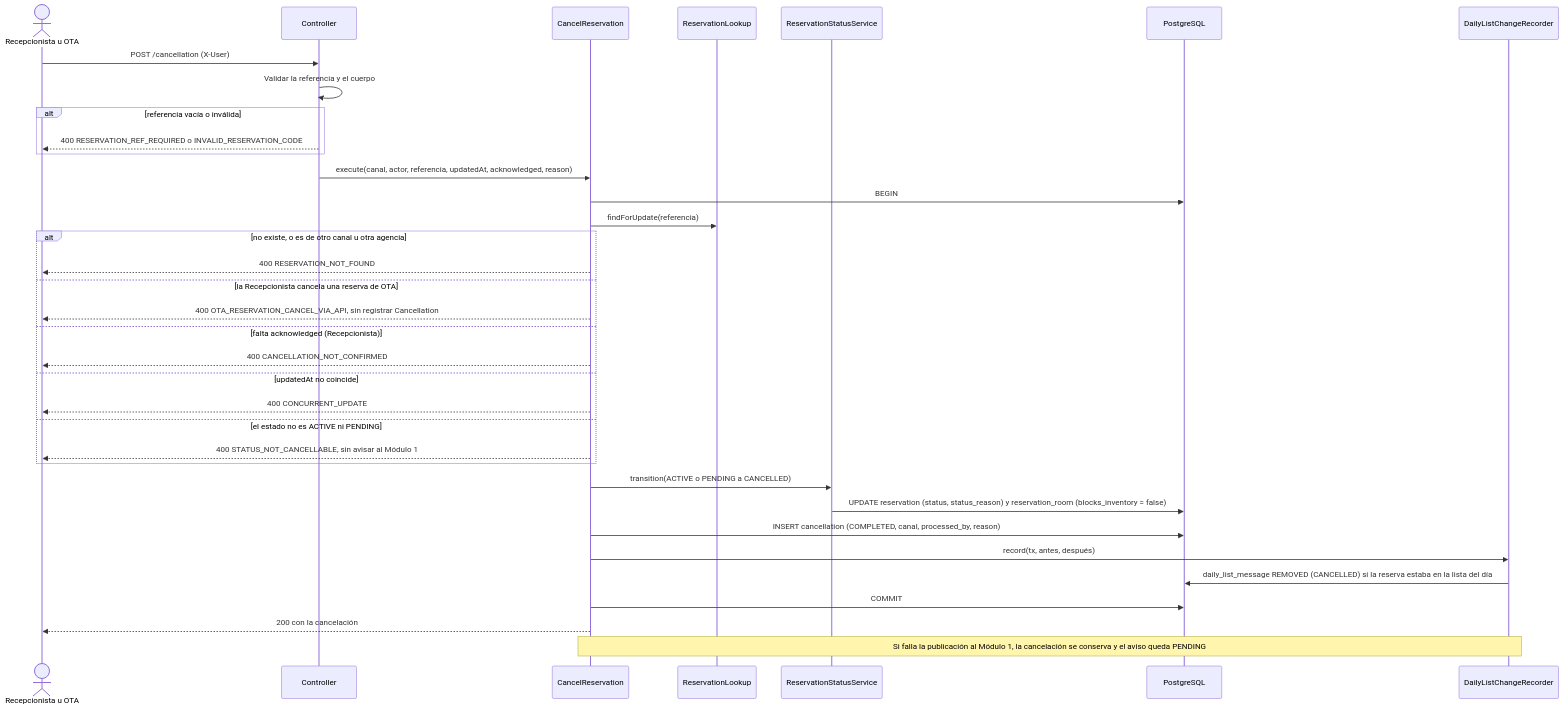
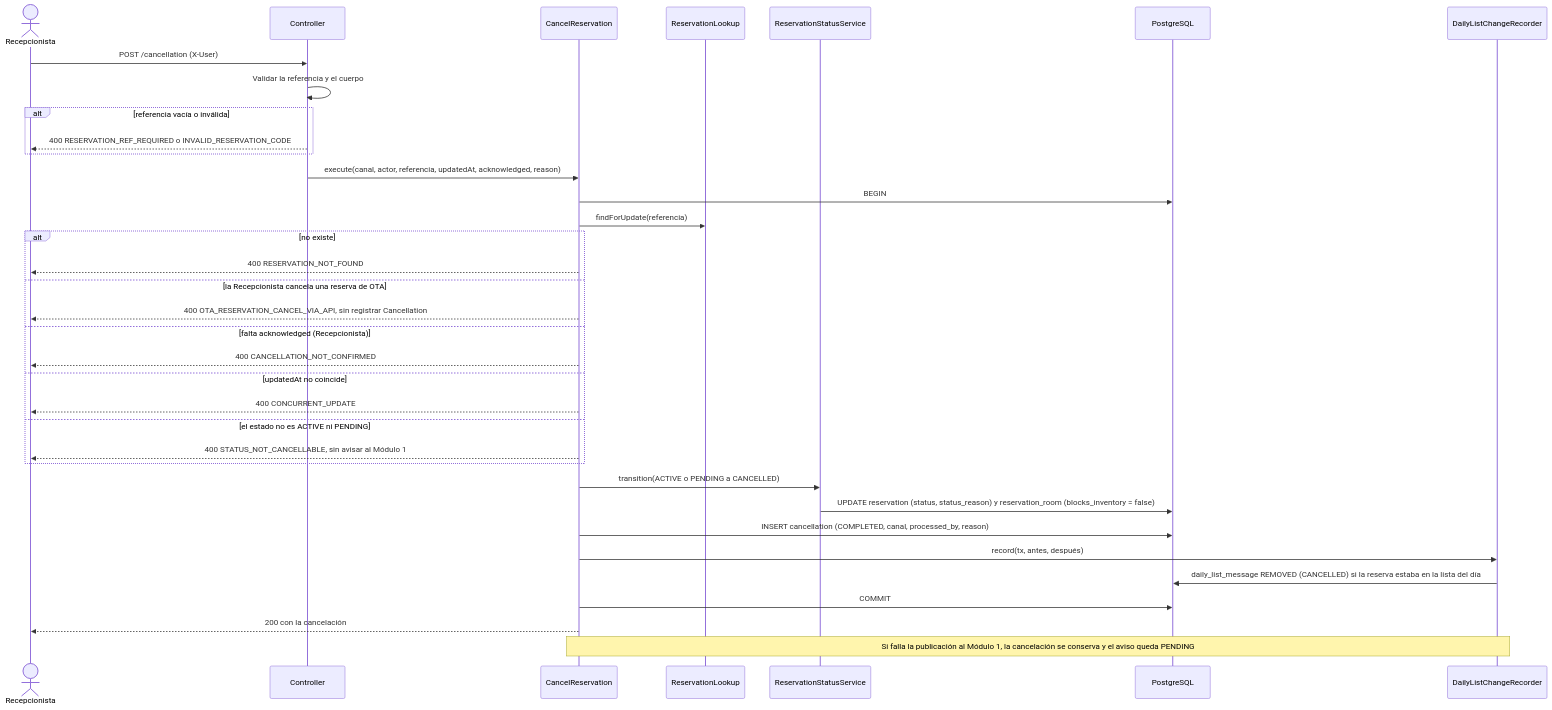
The first of 2 diagrams in specs/cancel-reservation/plan.md (Lapicero312-lapi/HOSPITUA-MOD-2), drawn with Mermaid before and after one commit. The commit also changed other lines of this file and 14 other files, not shown here.

````diff
--- a/specs/cancel-reservation/plan.md
+++ b/specs/cancel-reservation/plan.md
@@ -174,38 +175,38 @@
 ```mermaid
 sequenceDiagram
-    actor S as Recepcionista u OTA
+    actor S as Recepcionista
     participant C as Controller
     participant U as CancelReservation
     participant L as ReservationLookup
     participant ST as ReservationStatusService
     participant DB as PostgreSQL
     participant R as DailyListChangeRecorder
 
     S->>C: POST /cancellation (X-User)
     C->>C: Validar la referencia y el cuerpo
     alt referencia vacía o inválida
         C-->>S: 400 RESERVATION_REF_REQUIRED o INVALID_RESERVATION_CODE
     end
     C->>U: execute(canal, actor, referencia, updatedAt, acknowledged, reason)
     U->>DB: BEGIN
     U->>L: findForUpdate(referencia)
-    alt no existe, o es de otro canal u otra agencia
+    alt no existe
         U-->>S: 400 RESERVATION_NOT_FOUND
     else la Recepcionista cancela una reserva de OTA
         U-->>S: 400 OTA_RESERVATION_CANCEL_VIA_API, sin registrar Cancellation
     else falta acknowledged (Recepcionista)
         U-->>S: 400 CANCELLATION_NOT_CONFIRMED
     else updatedAt no coincide
         U-->>S: 400 CONCURRENT_UPDATE
     else el estado no es ACTIVE ni PENDING
         U-->>S: 400 STATUS_NOT_CANCELLABLE, sin avisar al Módulo 1
     end
     U->>ST: transition(ACTIVE o PENDING a CANCELLED)
     ST->>DB: UPDATE reservation (status, status_reason) y reservation_room (blocks_inventory = false)
     U->>DB: INSERT cancellation (COMPLETED, canal, processed_by, reason)
     U->>R: record(tx, antes, después)
     R->>DB: daily_list_message REMOVED (CANCELLED) si la reserva estaba en la lista del día
     U->>DB: COMMIT
     U-->>S: 200 con la cancelación
     Note over U,R: Si falla la publicación al Módulo 1, la cancelación se conserva y el aviso queda PENDING
 ```
````
